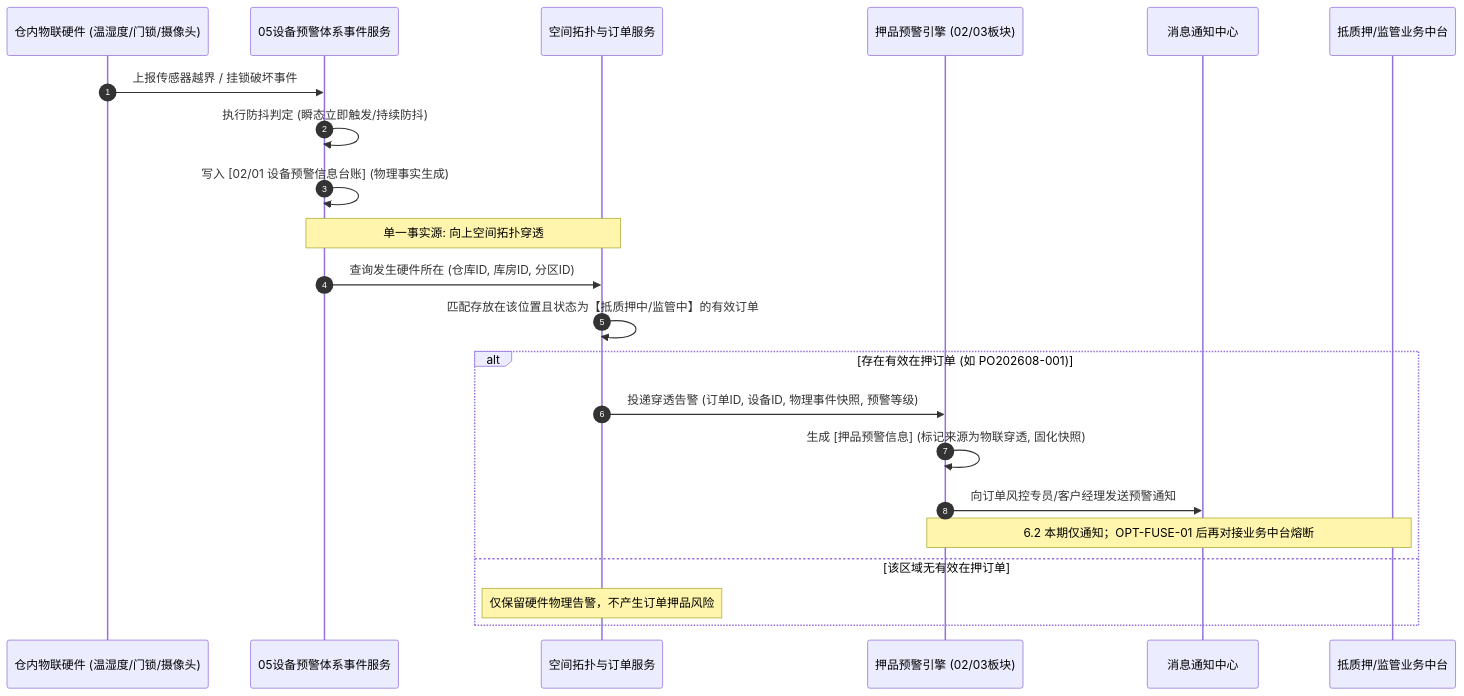
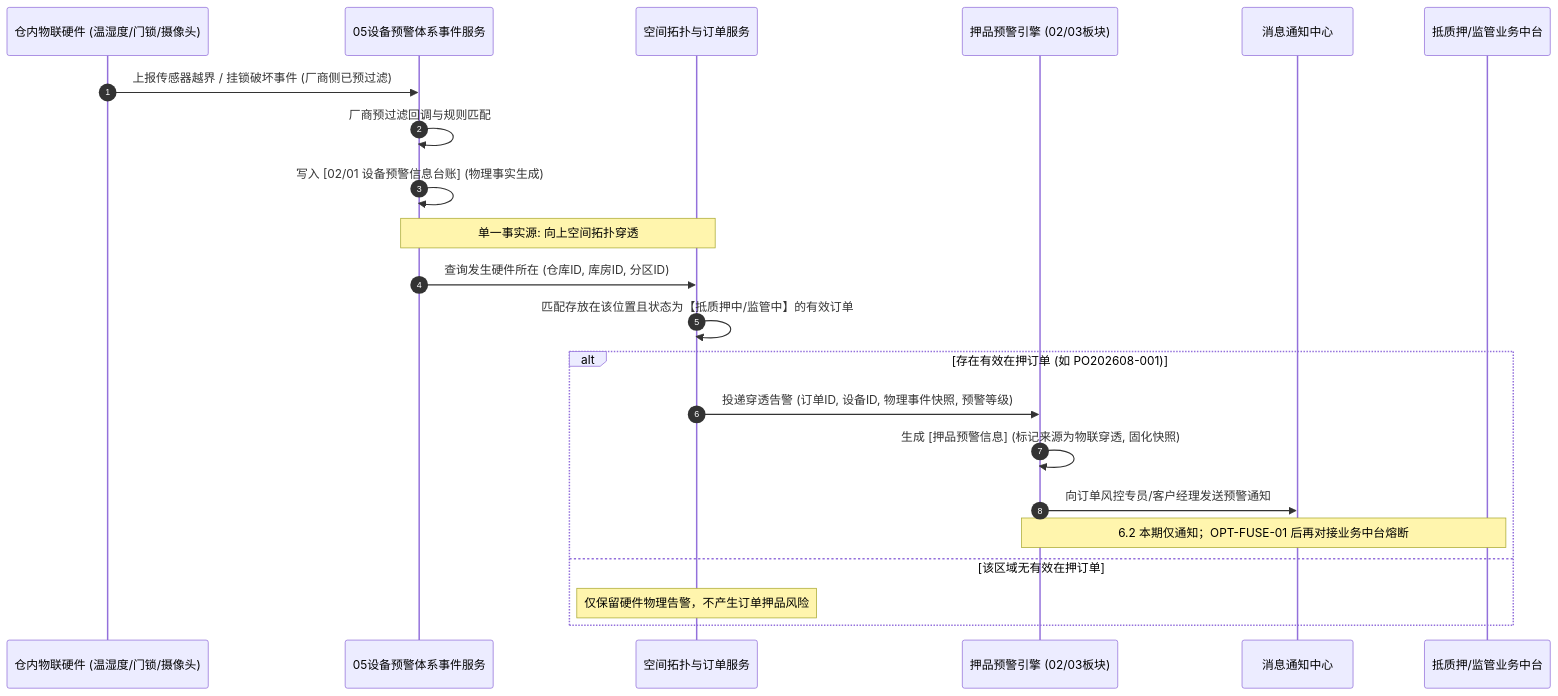
The second of 2 diagrams in 02-PRD文档/B-迭代需求/6.2版本（2026.08）/02-预警信息/协同规范/通知模板.md (RobertHuang999/SYZC), drawn with Mermaid before and after one commit. The commit also changed other lines of this file and 121 other files, not shown here.

````diff
--- a/02-PRD文档/B-迭代需求/6.2版本（2026.08）/02-预警信息/协同规范/通知模板.md
+++ b/02-PRD文档/B-迭代需求/6.2版本（2026.08）/02-预警信息/协同规范/通知模板.md
@@ -70,27 +70,27 @@
 ```mermaid
 sequenceDiagram
     autonumber
     participant IOT as 仓内物联硬件 (温湿度/门锁/摄像头)
     participant IOT_SVC as 05设备预警体系事件服务
     participant TOPO as 空间拓扑与订单服务
     participant ORD_WARN as 押品预警引擎 (02/03板块)
     participant MSG as 消息通知中心
     participant BIZ as 抵质押/监管业务中台
 
-    IOT->>IOT_SVC: 上报传感器越界 / 挂锁破坏事件
-    IOT_SVC->>IOT_SVC: 执行防抖判定 (瞬态立即触发/持续防抖)
+    IOT->>IOT_SVC: 上报传感器越界 / 挂锁破坏事件 (厂商侧已预过滤)
+    IOT_SVC->>IOT_SVC: 厂商预过滤回调与规则匹配
     IOT_SVC->>IOT_SVC: 写入 [02/01 设备预警信息台账] (物理事实生成)
     
     Note over IOT_SVC,TOPO: 单一事实源: 向上空间拓扑穿透
     IOT_SVC->>TOPO: 查询发生硬件所在 (仓库ID, 库房ID, 分区ID)
     TOPO->>TOPO: 匹配存放在该位置且状态为【抵质押中/监管中】的有效订单
     
     alt 存在有效在押订单 (如 PO202608-001)
         TOPO->>ORD_WARN: 投递穿透告警 (订单ID, 设备ID, 物理事件快照, 预警等级)
         ORD_WARN->>ORD_WARN: 生成 [押品预警信息] (标记来源为物联穿透, 固化快照)
         ORD_WARN->>MSG: 向订单风控专员/客户经理发送预警通知
         Note over ORD_WARN,BIZ: 6.2 本期仅通知；OPT-FUSE-01 后再对接业务中台熔断
     else 该区域无有效在押订单
         Note over TOPO: 仅保留硬件物理告警，不产生订单押品风险
     end
 ```
````
